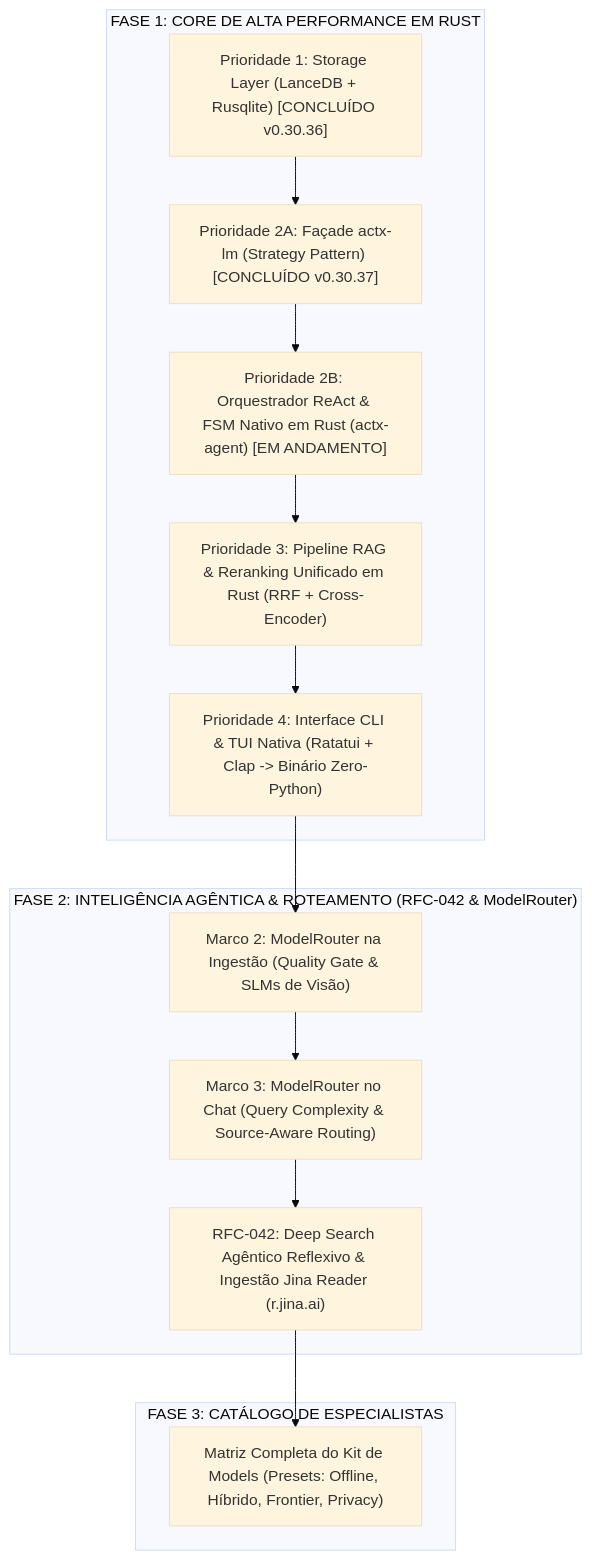
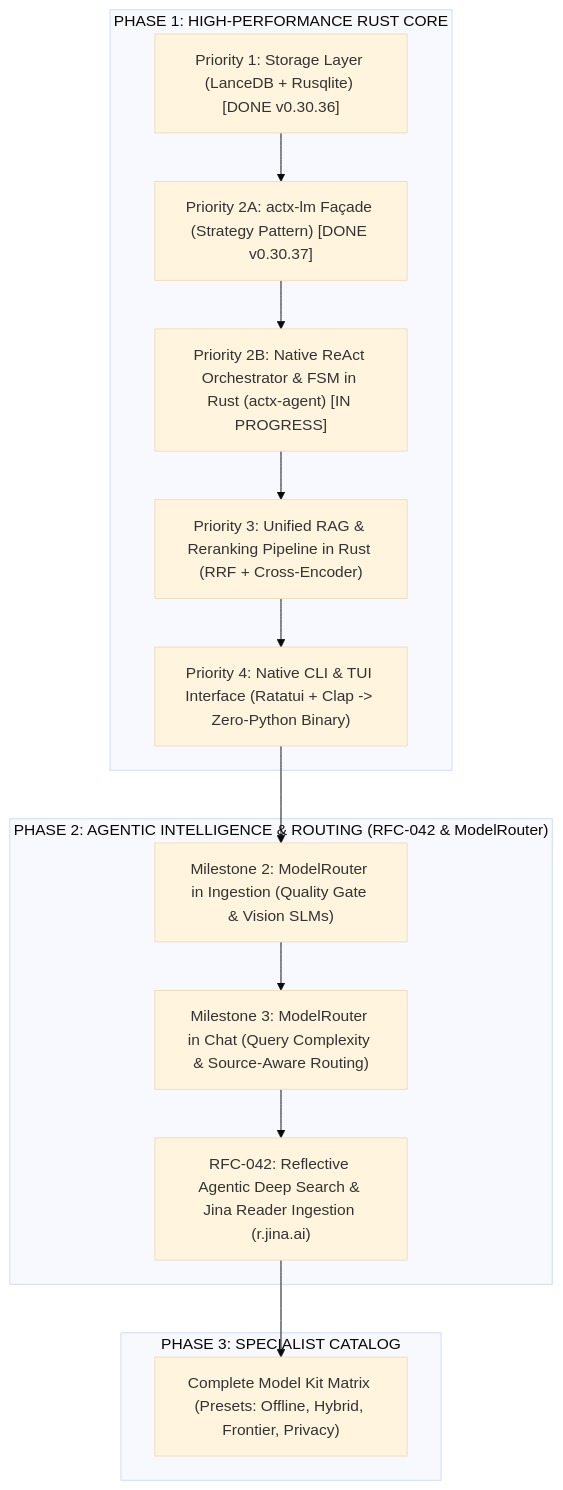
The diagram in docs/plans/anycontext_master_roadmap_v0_30_38_rfc042.md (Levix-Digital/any-context), drawn with Mermaid (base theme) before and after one commit. The commit also changed other lines of this file, not shown here.

First line of the commit message:
docs(plans): translate the v0.30.38 master roadmap to English

````diff
--- a/docs/plans/anycontext_master_roadmap_v0_30_38_rfc042.md
+++ b/docs/plans/anycontext_master_roadmap_v0_30_38_rfc042.md
@@ -71,29 +71,29 @@
 ```mermaid
 graph TD
-    subgraph "FASE 1: CORE DE ALTA PERFORMANCE EM RUST"
-        P1["Prioridade 1: Storage Layer (LanceDB + Rusqlite) [CONCLUÍDO v0.30.36]"]
-        P2A["Prioridade 2A: Façade actx-lm (Strategy Pattern) [CONCLUÍDO v0.30.37]"]
-        P2B["Prioridade 2B: Orquestrador ReAct & FSM Nativo em Rust (actx-agent) [EM ANDAMENTO]"]
-        P3["Prioridade 3: Pipeline RAG & Reranking Unificado em Rust (RRF + Cross-Encoder)"]
-        P4["Prioridade 4: Interface CLI & TUI Nativa (Ratatui + Clap -> Binário Zero-Python)"]
+    subgraph "PHASE 1: HIGH-PERFORMANCE RUST CORE"
+        P1["Priority 1: Storage Layer (LanceDB + Rusqlite) [DONE v0.30.36]"]
+        P2A["Priority 2A: actx-lm Façade (Strategy Pattern) [DONE v0.30.37]"]
+        P2B["Priority 2B: Native ReAct Orchestrator & FSM in Rust (actx-agent) [IN PROGRESS]"]
+        P3["Priority 3: Unified RAG & Reranking Pipeline in Rust (RRF + Cross-Encoder)"]
+        P4["Priority 4: Native CLI & TUI Interface (Ratatui + Clap -> Zero-Python Binary)"]
     end
 
-    subgraph "FASE 2: INTELIGÊNCIA AGÊNTICA & ROTEAMENTO (RFC-042 & ModelRouter)"
-        M2["Marco 2: ModelRouter na Ingestão (Quality Gate & SLMs de Visão)"]
-        M3["Marco 3: ModelRouter no Chat (Query Complexity & Source-Aware Routing)"]
-        RFC["RFC-042: Deep Search Agêntico Reflexivo & Ingestão Jina Reader (r.jina.ai)"]
+    subgraph "PHASE 2: AGENTIC INTELLIGENCE & ROUTING (RFC-042 & ModelRouter)"
+        M2["Milestone 2: ModelRouter in Ingestion (Quality Gate & Vision SLMs)"]
+        M3["Milestone 3: ModelRouter in Chat (Query Complexity & Source-Aware Routing)"]
+        RFC["RFC-042: Reflective Agentic Deep Search & Jina Reader Ingestion (r.jina.ai)"]
     end
 
-    subgraph "FASE 3: CATÁLOGO DE ESPECIALISTAS"
-        KIT["Matriz Completa do Kit de Models (Presets: Offline, Híbrido, Frontier, Privacy)"]
+    subgraph "PHASE 3: SPECIALIST CATALOG"
+        KIT["Complete Model Kit Matrix (Presets: Offline, Hybrid, Frontier, Privacy)"]
     end
 
     P1 --> P2A
     P2A --> P2B
     P2B --> P3
     P3 --> P4
     P4 --> M2
     M2 --> M3
     M3 --> RFC
     RFC --> KIT
 ```
````
